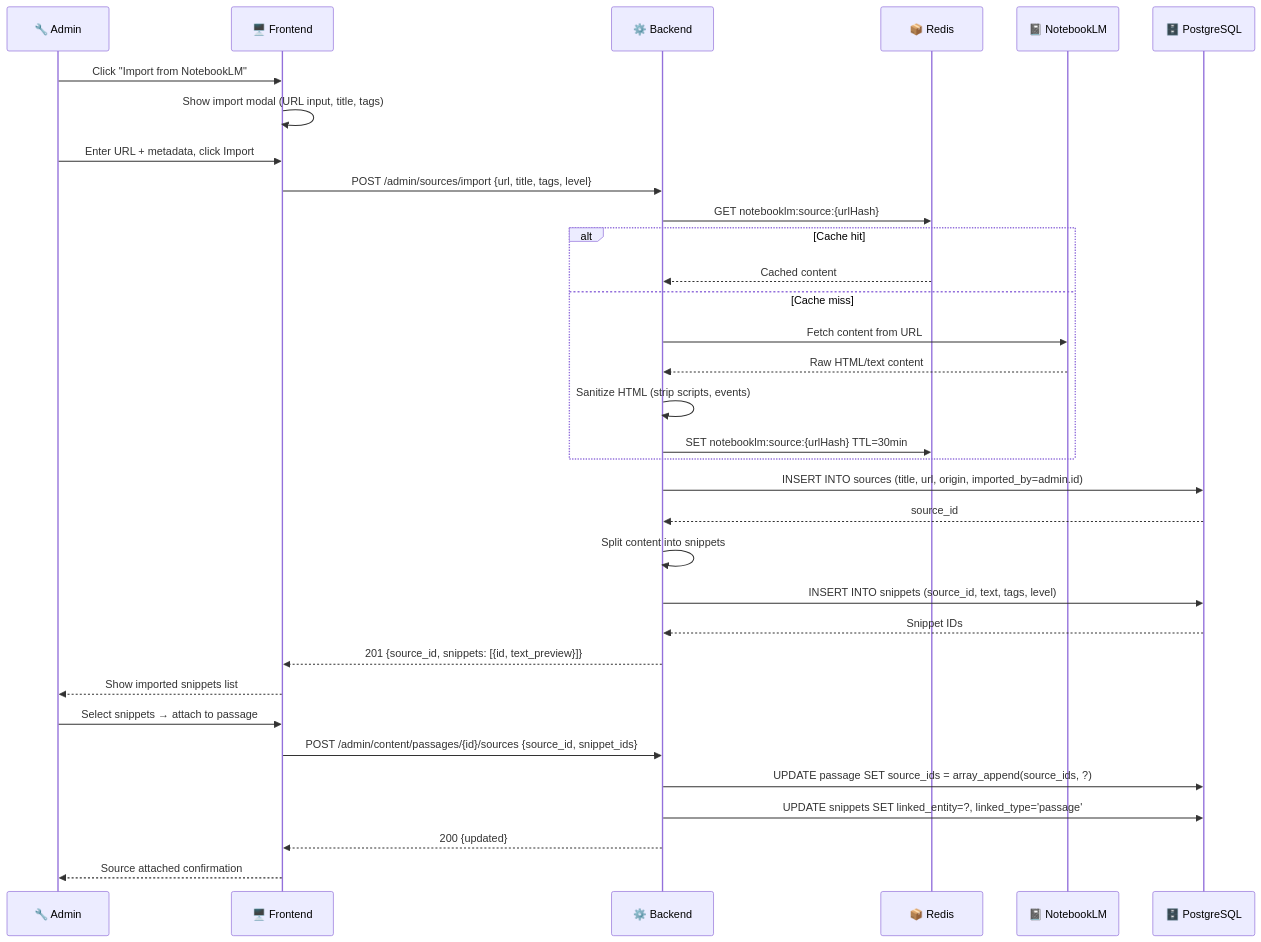
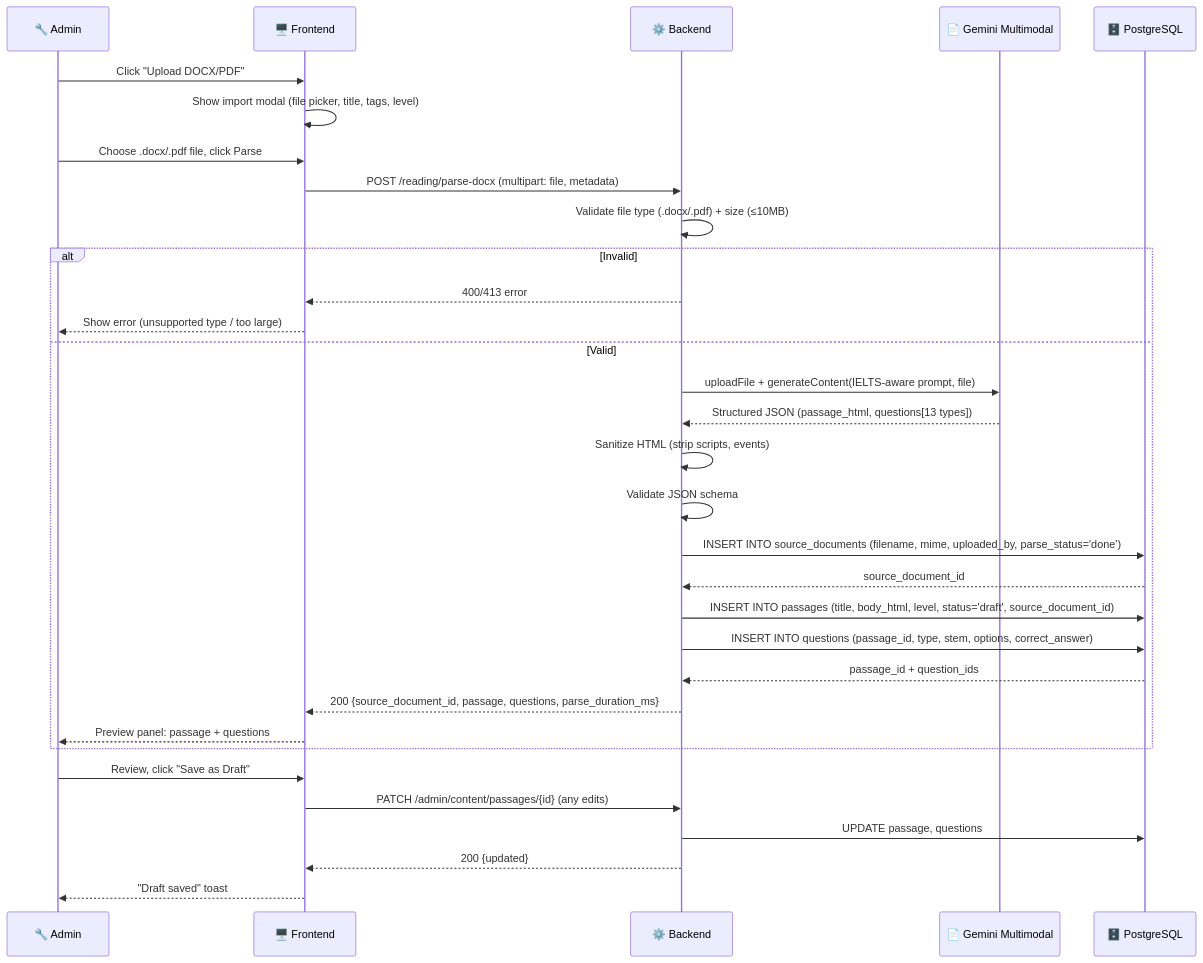
Before and after one commit to Ttuandatt/IELTS_Instructor: the seventh of 8 diagrams in docs/step3_prd/15_sequence_diagrams.md, drawn with Mermaid. The commit also changed other lines of this file and 16 other files, not shown here.

First line of the commit message:
docs(prd): replace NotebookLM with DOCX/PDF import (Gemini multimodal)

````diff
--- a/docs/step3_prd/15_sequence_diagrams.md
+++ b/docs/step3_prd/15_sequence_diagrams.md
@@ -226,40 +230,38 @@
 ```mermaid
 sequenceDiagram
     participant A as 🔧 Admin
     participant FE as 🖥️ Frontend
     participant BE as ⚙️ Backend
-    participant RD as 📦 Redis
-    participant NLM as 📓 NotebookLM
+    participant GEM as 📄 Gemini Multimodal
     participant DB as 🗄️ PostgreSQL
 
-    A->>FE: Click "Import from NotebookLM"
-    FE->>FE: Show import modal (URL input, title, tags)
-    A->>FE: Enter URL + metadata, click Import
-    FE->>BE: POST /admin/sources/import {url, title, tags, level}
+    A->>FE: Click "Upload DOCX/PDF"
+    FE->>FE: Show import modal (file picker, title, tags, level)
+    A->>FE: Choose .docx/.pdf file, click Parse
+    FE->>BE: POST /reading/parse-docx (multipart: file, metadata)
 
-    BE->>RD: GET notebooklm:source:{urlHash}
-    alt Cache hit
-        RD-->>BE: Cached content
-    else Cache miss
-        BE->>NLM: Fetch content from URL
-        NLM-->>BE: Raw HTML/text content
+    BE->>BE: Validate file type (.docx/.pdf) + size (≤10MB)
+    alt Invalid
+        BE-->>FE: 400/413 error
+        FE-->>A: Show error (unsupported type / too large)
+    else Valid
+        BE->>GEM: uploadFile + generateContent(IELTS-aware prompt, file)
+        GEM-->>BE: Structured JSON (passage_html, questions[13 types])
         BE->>BE: Sanitize HTML (strip scripts, events)
-        BE->>RD: SET notebooklm:source:{urlHash} TTL=30min
+        BE->>BE: Validate JSON schema
+        BE->>DB: INSERT INTO source_documents (filename, mime, uploaded_by, parse_status='done')
+        DB-->>BE: source_document_id
+        BE->>DB: INSERT INTO passages (title, body_html, level, status='draft', source_document_id)
+        BE->>DB: INSERT INTO questions (passage_id, type, stem, options, correct_answer)
+        DB-->>BE: passage_id + question_ids
+        BE-->>FE: 200 {source_document_id, passage, questions, parse_duration_ms}
+        FE-->>A: Preview panel: passage + questions
     end
 
-    BE->>DB: INSERT INTO sources (title, url, origin, imported_by=admin.id)
-    DB-->>BE: source_id
-    BE->>BE: Split content into snippets
-    BE->>DB: INSERT INTO snippets (source_id, text, tags, level)
-    DB-->>BE: Snippet IDs
-    BE-->>FE: 201 {source_id, snippets: [{id, text_preview}]}
-    FE-->>A: Show imported snippets list
-
-    %% Attach to content
-    A->>FE: Select snippets → attach to passage
-    FE->>BE: POST /admin/content/passages/{id}/sources {source_id, snippet_ids}
-    BE->>DB: UPDATE passage SET source_ids = array_append(source_ids, ?)
-    BE->>DB: UPDATE snippets SET linked_entity=?, linked_type='passage'
+    %% Save & publish
+    A->>FE: Review, click "Save as Draft"
+    FE->>BE: PATCH /admin/content/passages/{id} (any edits)
+    BE->>DB: UPDATE passage, questions
     BE-->>FE: 200 {updated}
-    FE-->>A: Source attached confirmation
+    FE-->>A: "Draft saved" toast
 ```
````
